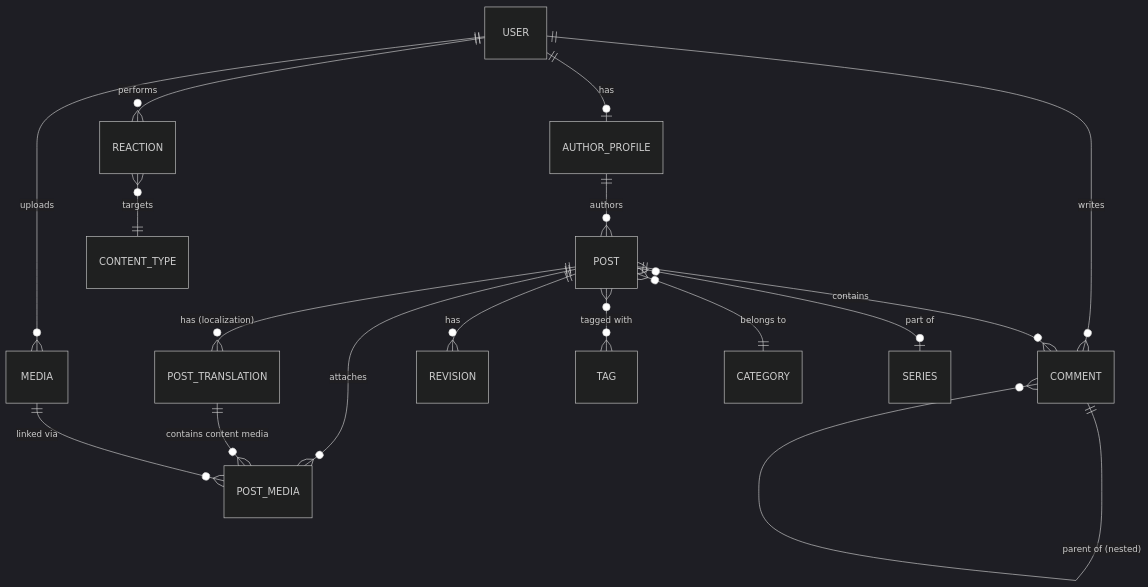
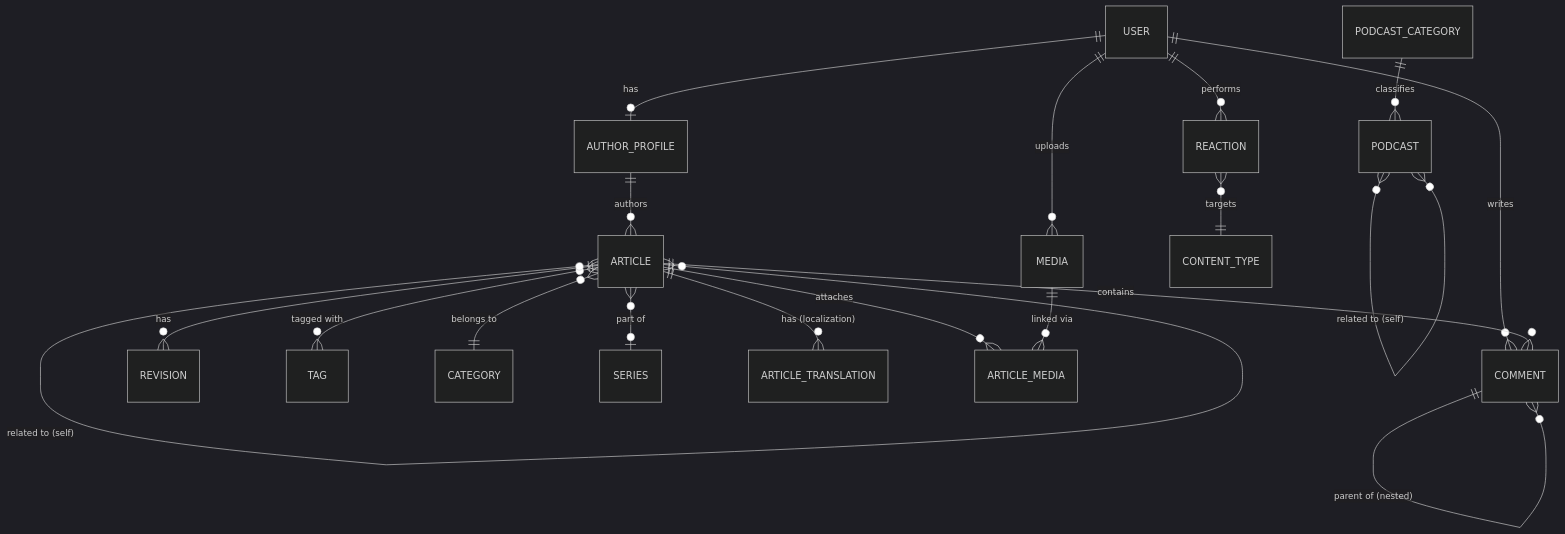
The first of 4 diagrams in COMPREHENSIVE_ARCHITECTURE.md (amirhossein-moloki/Blog), drawn with Mermaid (dark theme) before and after one commit. The commit also changed other lines of this file and 8 other files, not shown here.

First line of the commit message:
Update Comprehensive Architecture and System Documentation

````diff
--- a/COMPREHENSIVE_ARCHITECTURE.md
+++ b/COMPREHENSIVE_ARCHITECTURE.md
@@ -327,23 +381,26 @@
 ```mermaid
 erDiagram
     USER ||--o| AUTHOR_PROFILE : "has"
     USER ||--o{ MEDIA : "uploads"
     USER ||--o{ COMMENT : "writes"
     USER ||--o{ REACTION : "performs"
 
-    AUTHOR_PROFILE ||--o{ POST : "authors"
+    AUTHOR_PROFILE ||--o{ ARTICLE : "authors"
 
-    POST ||--o{ POST_TRANSLATION : "has (localization)"
-    POST ||--o{ COMMENT : "contains"
-    POST ||--o{ REVISION : "has"
-    POST }o--o{ TAG : "tagged with"
-    POST }o--|| CATEGORY : "belongs to"
-    POST }o--o| SERIES : "part of"
+    ARTICLE ||--o{ COMMENT : "contains"
+    ARTICLE ||--o{ REVISION : "has"
+    ARTICLE }o--o{ TAG : "tagged with"
+    ARTICLE }o--|| CATEGORY : "belongs to"
+    ARTICLE }o--o| SERIES : "part of"
+    ARTICLE ||--o{ ARTICLE_TRANSLATION : "has (localization)"
+    ARTICLE }o--o{ ARTICLE : "related to (self)"
 
-    POST ||--o{ POST_MEDIA : "attaches"
-    POST_TRANSLATION ||--o{ POST_MEDIA : "contains content media"
-    MEDIA ||--o{ POST_MEDIA : "linked via"
+    ARTICLE ||--o{ ARTICLE_MEDIA : "attaches"
+    MEDIA ||--o{ ARTICLE_MEDIA : "linked via"
 
     COMMENT ||--o{ COMMENT : "parent of (nested)"
     REACTION }o--|| CONTENT_TYPE : "targets"
+
+    PODCAST_CATEGORY ||--o{ PODCAST : "classifies"
+    PODCAST }o--o{ PODCAST : "related to (self)"
 ```
````
